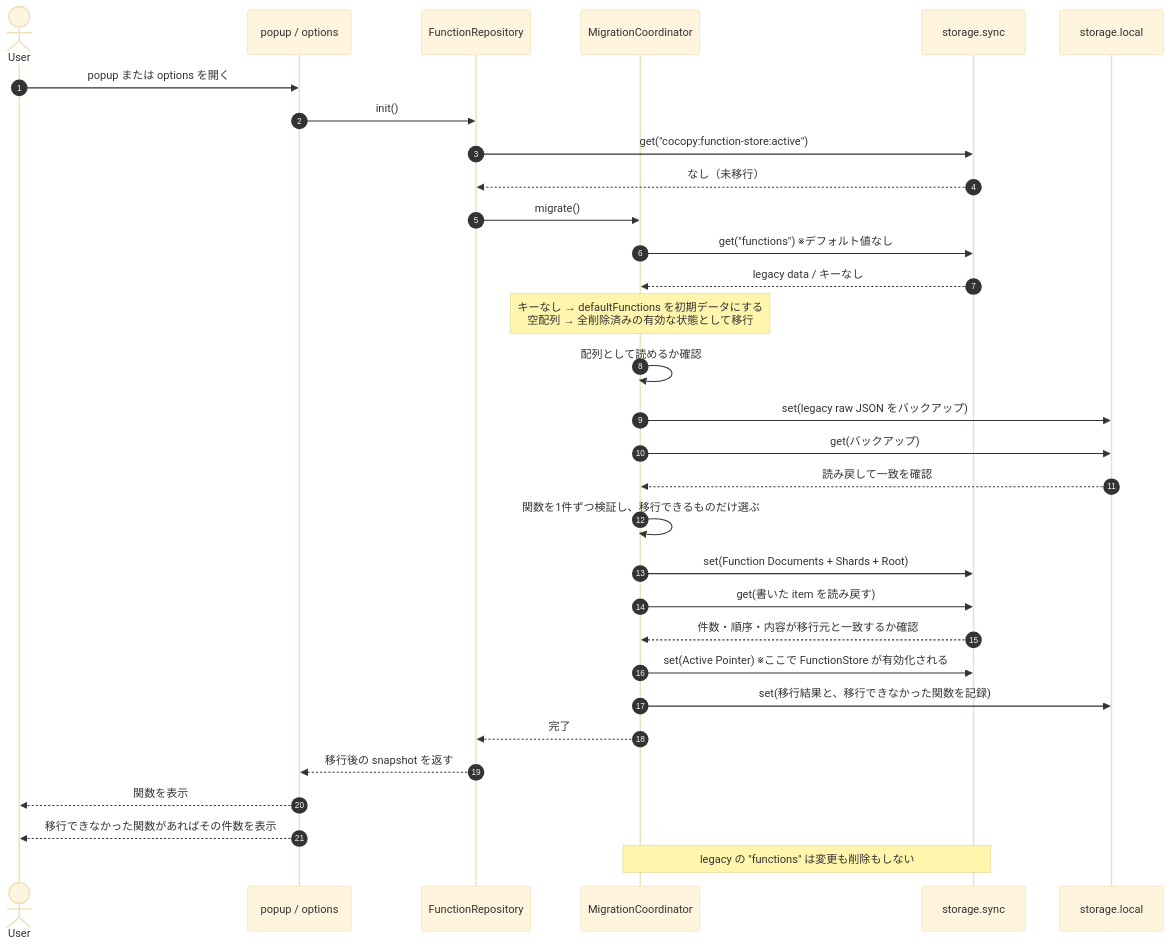
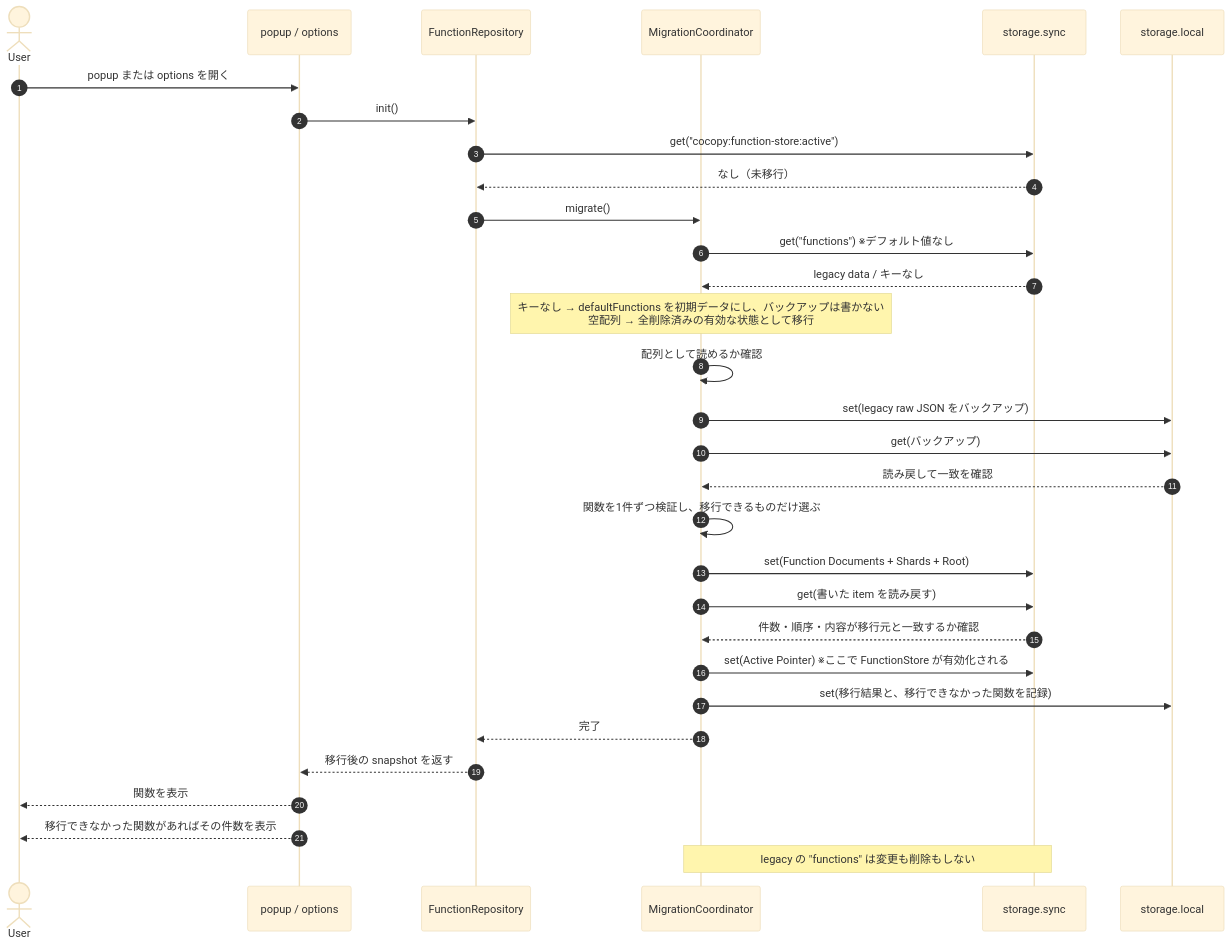
One commit to pokutuna/chrome-cocopy changed the fifth of 5 diagrams in docs/function-storage.md. Above: the diagram before and after it, drawn with Mermaid (base theme). The commit also changed other lines of this file and 22 other files, not shown here.

````diff
--- a/docs/function-storage.md
+++ b/docs/function-storage.md
@@ -771,39 +775,39 @@
 ```mermaid
 sequenceDiagram
   autonumber
   actor User
   participant UI as popup / options
   participant Repo as FunctionRepository
   participant Coord as MigrationCoordinator
   participant Sync as storage.sync
   participant Local as storage.local
 
   User->>UI: popup または options を開く
   UI->>Repo: init()
   Repo->>Sync: get("cocopy:function-store:active")
   Sync-->>Repo: なし（未移行）
   Repo->>Coord: migrate()
 
   Coord->>Sync: get("functions") ※デフォルト値なし
   Sync-->>Coord: legacy data / キーなし
-  Note over Coord: キーなし → defaultFunctions を初期データにする<br/>空配列 → 全削除済みの有効な状態として移行
+  Note over Coord: キーなし → defaultFunctions を初期データにし、バックアップは書かない<br/>空配列 → 全削除済みの有効な状態として移行
   Coord->>Coord: 配列として読めるか確認
 
   Coord->>Local: set(legacy raw JSON をバックアップ)
   Coord->>Local: get(バックアップ)
   Local-->>Coord: 読み戻して一致を確認
 
   Coord->>Coord: 関数を1件ずつ検証し、移行できるものだけ選ぶ
   Coord->>Sync: set(Function Documents + Shards + Root)
   Coord->>Sync: get(書いた item を読み戻す)
   Sync-->>Coord: 件数・順序・内容が移行元と一致するか確認
 
   Coord->>Sync: set(Active Pointer) ※ここで FunctionStore が有効化される
   Coord->>Local: set(移行結果と、移行できなかった関数を記録)
   Coord-->>Repo: 完了
   Repo-->>UI: 移行後の snapshot を返す
   UI-->>User: 関数を表示
   UI-->>User: 移行できなかった関数があればその件数を表示
 
   Note over Coord,Sync: legacy の "functions" は変更も削除もしない
 ```
````
